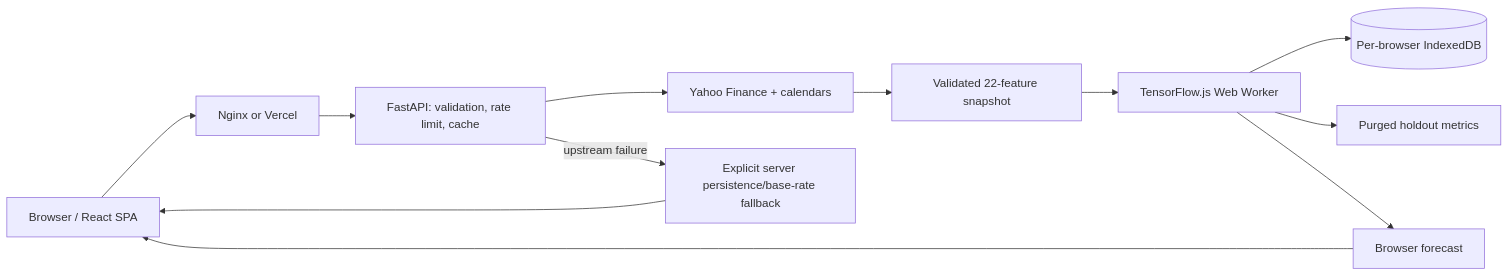
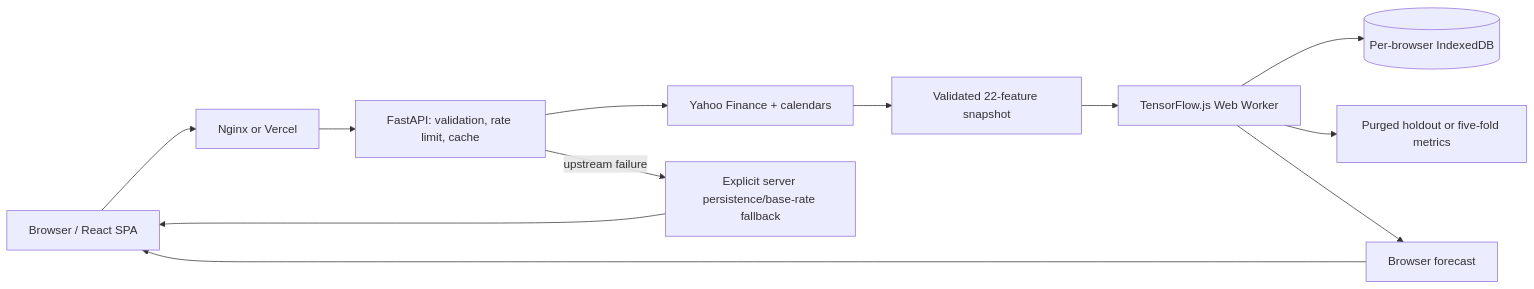
Before and after one commit to AnasBabari/stock-predictor-lstm: the diagram in docs/ARCHITECTURE.md, drawn with Mermaid. The commit also changed other lines of this file and 21 other files, not shown here.

````diff
--- a/docs/ARCHITECTURE.md
+++ b/docs/ARCHITECTURE.md
@@ -7,14 +7,14 @@
 ```mermaid
 flowchart LR
     browser[Browser / React SPA] --> nginx[Nginx or Vercel]
     nginx --> api[FastAPI: validation, rate limit, cache]
     api --> yahoo[Yahoo Finance + calendars]
     yahoo --> snapshot[Validated 22-feature snapshot]
     snapshot --> worker[TensorFlow.js Web Worker]
     worker --> indexeddb[(Per-browser IndexedDB)]
-    worker --> metrics[Purged holdout metrics]
+    worker --> metrics[Purged holdout or five-fold metrics]
     worker --> forecast[Browser forecast]
     forecast --> browser
     api -->|upstream failure| fallback[Explicit server persistence/base-rate fallback]
     fallback --> browser
 ```
````
